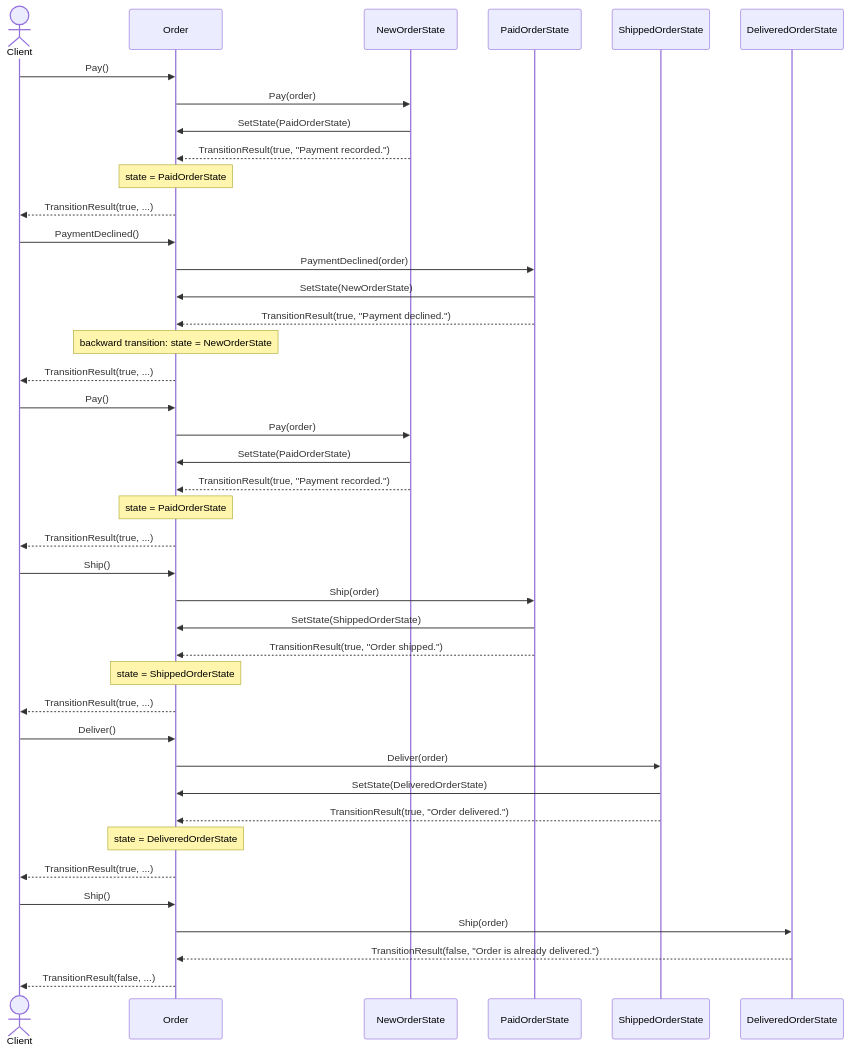
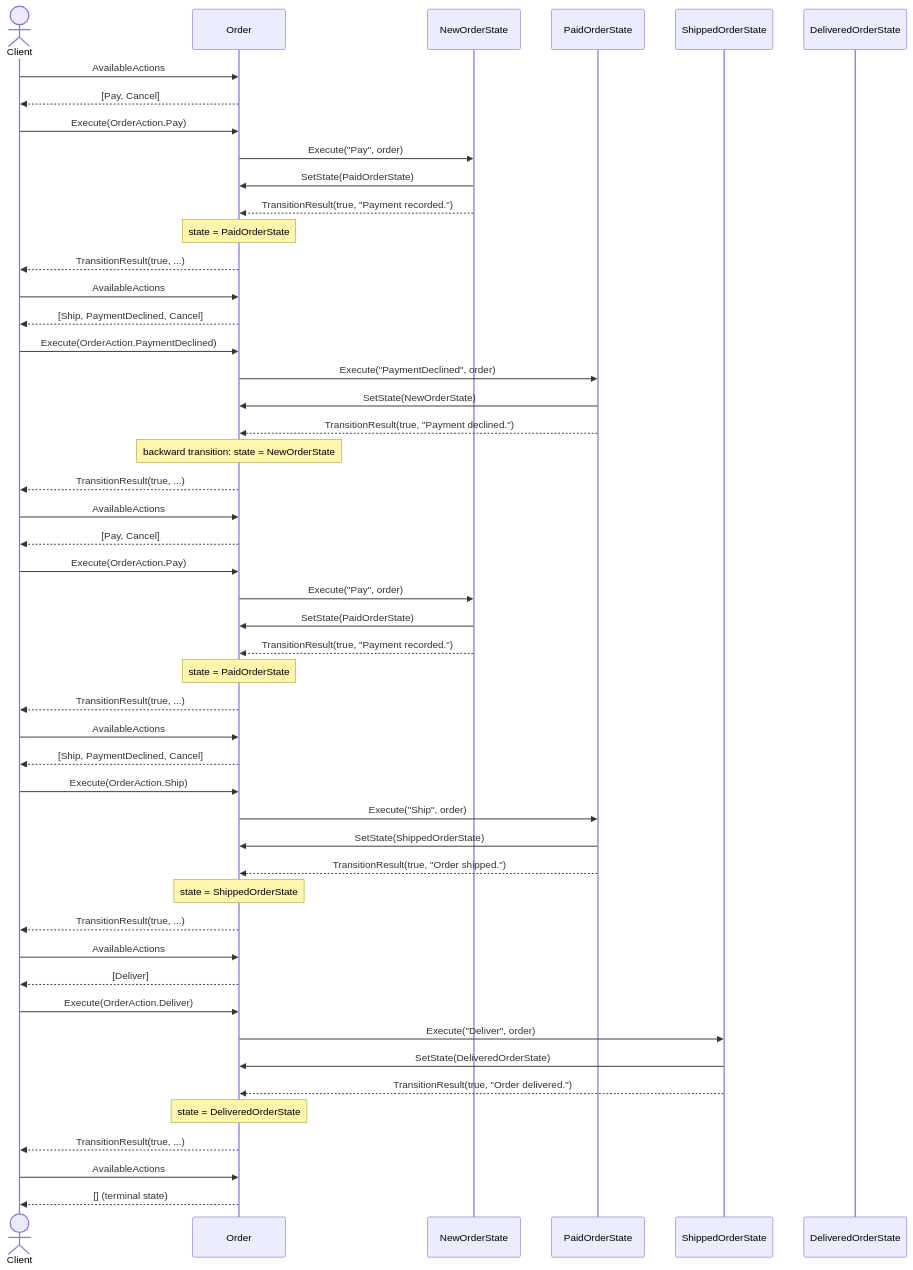
The ninth of 19 diagrams in presentations/12-state-machine-pattern.md (jeff-adkisson/swe-4743-spring-2026-oo-design), drawn with Mermaid before and after one commit. The commit also changed other lines of this file, not shown here.

````diff
--- a/presentations/12-state-machine-pattern.md
+++ b/presentations/12-state-machine-pattern.md
@@ -701,49 +798,62 @@
 ```mermaid
 sequenceDiagram
     actor Client
     participant Order
     participant NewState as NewOrderState
     participant PaidState as PaidOrderState
     participant ShippedState as ShippedOrderState
     participant DeliveredState as DeliveredOrderState
 
-    Client->>Order: Pay()
-    Order->>NewState: Pay(order)
+    Client->>Order: AvailableActions
+    Order-->>Client: [Pay, Cancel]
+
+    Client->>Order: Execute(OrderAction.Pay)
+    Order->>NewState: Execute("Pay", order)
     NewState->>Order: SetState(PaidOrderState)
     NewState-->>Order: TransitionResult(true, "Payment recorded.")
     Note over Order: state = PaidOrderState
     Order-->>Client: TransitionResult(true, ...)
 
-    Client->>Order: PaymentDeclined()
-    Order->>PaidState: PaymentDeclined(order)
+    Client->>Order: AvailableActions
+    Order-->>Client: [Ship, PaymentDeclined, Cancel]
+
+    Client->>Order: Execute(OrderAction.PaymentDeclined)
+    Order->>PaidState: Execute("PaymentDeclined", order)
     PaidState->>Order: SetState(NewOrderState)
     PaidState-->>Order: TransitionResult(true, "Payment declined.")
     Note over Order: backward transition: state = NewOrderState
     Order-->>Client: TransitionResult(true, ...)
 
-    Client->>Order: Pay()
-    Order->>NewState: Pay(order)
+    Client->>Order: AvailableActions
+    Order-->>Client: [Pay, Cancel]
+
+    Client->>Order: Execute(OrderAction.Pay)
+    Order->>NewState: Execute("Pay", order)
     NewState->>Order: SetState(PaidOrderState)
     NewState-->>Order: TransitionResult(true, "Payment recorded.")
     Note over Order: state = PaidOrderState
     Order-->>Client: TransitionResult(true, ...)
 
-    Client->>Order: Ship()
-    Order->>PaidState: Ship(order)
+    Client->>Order: AvailableActions
+    Order-->>Client: [Ship, PaymentDeclined, Cancel]
+
+    Client->>Order: Execute(OrderAction.Ship)
+    Order->>PaidState: Execute("Ship", order)
     PaidState->>Order: SetState(ShippedOrderState)
     PaidState-->>Order: TransitionResult(true, "Order shipped.")
     Note over Order: state = ShippedOrderState
     Order-->>Client: TransitionResult(true, ...)
 
-    Client->>Order: Deliver()
-    Order->>ShippedState: Deliver(order)
+    Client->>Order: AvailableActions
+    Order-->>Client: [Deliver]
+
+    Client->>Order: Execute(OrderAction.Deliver)
+    Order->>ShippedState: Execute("Deliver", order)
     ShippedState->>Order: SetState(DeliveredOrderState)
     ShippedState-->>Order: TransitionResult(true, "Order delivered.")
     Note over Order: state = DeliveredOrderState
     Order-->>Client: TransitionResult(true, ...)
 
-    Client->>Order: Ship()
-    Order->>DeliveredState: Ship(order)
-    DeliveredState-->>Order: TransitionResult(false, "Order is already delivered.")
-    Order-->>Client: TransitionResult(false, ...)
+    Client->>Order: AvailableActions
+    Order-->>Client: [] (terminal state)
 ```
````
